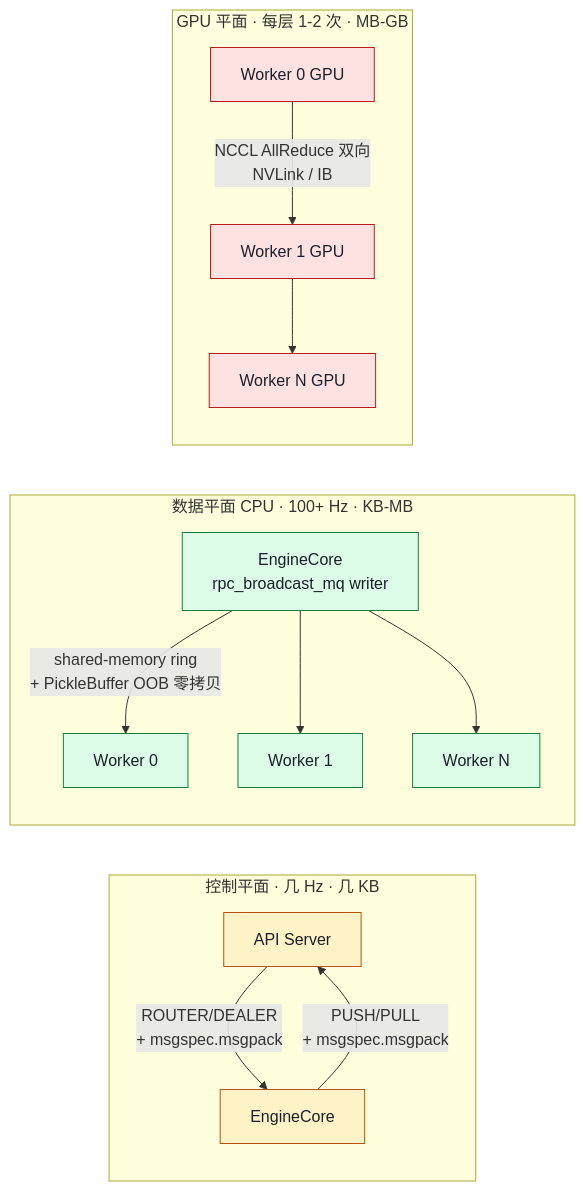
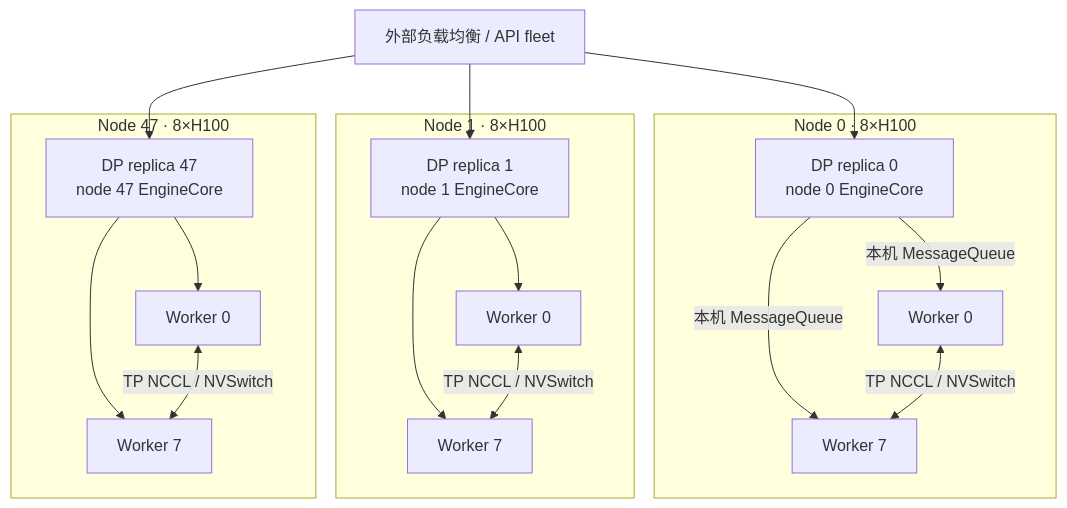
Before and after one commit to jwzheng96/vllm-learning-book: the third of 3 diagrams in 01-overview/05-process-and-ipc-internals.md, drawn with Mermaid. The commit also changed other lines of this file and 6 other files, not shown here.

````diff
--- a/01-overview/05-process-and-ipc-internals.md
+++ b/01-overview/05-process-and-ipc-internals.md
@@ -352,33 +682,24 @@
 ```mermaid
-flowchart LR
-    subgraph CP["控制平面 · 几 Hz · 几 KB"]
-        API["API Server"]
-        EC["EngineCore"]
-    end
-    subgraph DP["数据平面 CPU · 100+ Hz · KB-MB"]
-        EC2["EngineCore<br/>rpc_broadcast_mq writer"]
-        W1["Worker 0"]
-        W2["Worker 1"]
-        Wn["Worker N"]
-    end
-    subgraph GP["GPU 平面 · 每层 1-2 次 · MB-GB"]
-        W1g["Worker 0 GPU"]
-        W2g["Worker 1 GPU"]
-        Wng["Worker N GPU"]
+flowchart TB
+    LB["外部负载均衡 / API fleet"] --> E0["DP replica 0<br/>node 0 EngineCore"]
+    LB --> E1["DP replica 1<br/>node 1 EngineCore"]
+    LB --> E47["DP replica 47<br/>node 47 EngineCore"]
+
+    subgraph N0["Node 0 · 8×H100"]
+        E0 -->|"本机 MessageQueue"| W00["Worker 0"]
+        E0 -->|"本机 MessageQueue"| W07["Worker 7"]
+        W00 <-->|"TP NCCL / NVSwitch"| W07
     end
 
-    API -- "ROUTER/DEALER<br/>+ msgspec.msgpack" --> EC
-    EC -- "PUSH/PULL<br/>+ msgspec.msgpack" --> API
-    EC2 -- "shared-memory ring<br/>+ PickleBuffer OOB 零拷贝" --> W1
-    EC2 --> W2
-    EC2 --> Wn
-    W1g -- "NCCL AllReduce 双向<br/>NVLink / IB" --> W2g
-    W2g --> Wng
+    subgraph N1["Node 1 · 8×H100"]
+        E1 --> W10["Worker 0"]
+        E1 --> W17["Worker 7"]
+        W10 <-->|"TP NCCL / NVSwitch"| W17
+    end
 
-    classDef cp fill:#fef3c7,stroke:#b45309,color:#1a1f29;
-    classDef dp fill:#dcfce7,stroke:#15803d,color:#1a1f29;
-    classDef gp fill:#fee2e2,stroke:#b91c1c,color:#1a1f29;
-    class API,EC cp;
-    class EC2,W1,W2,Wn dp;
-    class W1g,W2g,Wng gp;
+    subgraph N47["Node 47 · 8×H100"]
+        E47 --> W470["Worker 0"]
+        E47 --> W477["Worker 7"]
+        W470 <-->|"TP NCCL / NVSwitch"| W477
+    end
 ```
````
